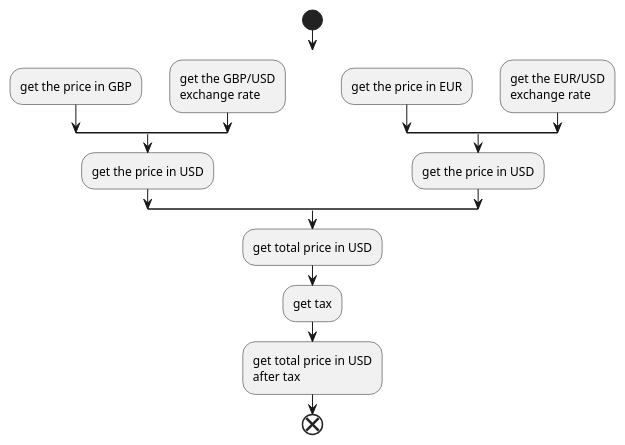
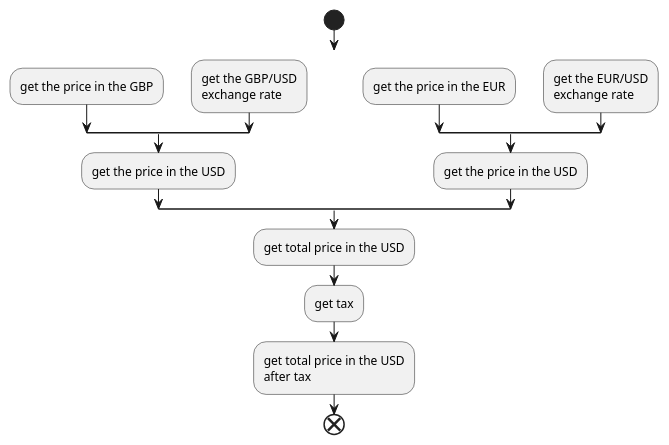
The diagram in images/workflow.puml (ti-cortex-m4/demo-java-completablefuture), drawn with PlantUML before and after one commit. The commit also changed 2 other files, not shown here.

```diff
--- a/images/workflow.puml
+++ b/images/workflow.puml
@@ -1,32 +1,32 @@
 @startuml
 
 start
 split
    -[hidden]->
 split
    -[hidden]->
-   :get the price in GBP;
+   :get the price in the GBP;
 split again
    -[hidden]->
    :get the GBP/USD\nexchange rate;
 end split
-:get the price in USD;
+:get the price in the USD;
 split again
    -[hidden]->
 split
    -[hidden]->
-   :get the price in EUR;
+   :get the price in the EUR;
 split again
    -[hidden]->
    :get the EUR/USD\nexchange rate;
 end split
-:get the price in USD;
+:get the price in the USD;
 end split
-:get total price in USD;
+:get total price in the USD;
 
 :get tax;
 
-:get total price in USD\nafter tax;
+:get total price in the USD\nafter tax;
 end
 
 @enduml
```
